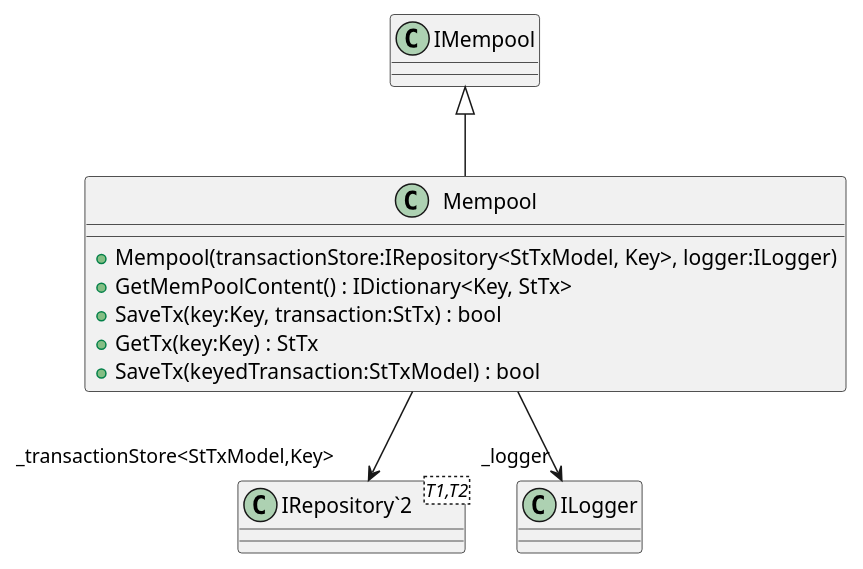
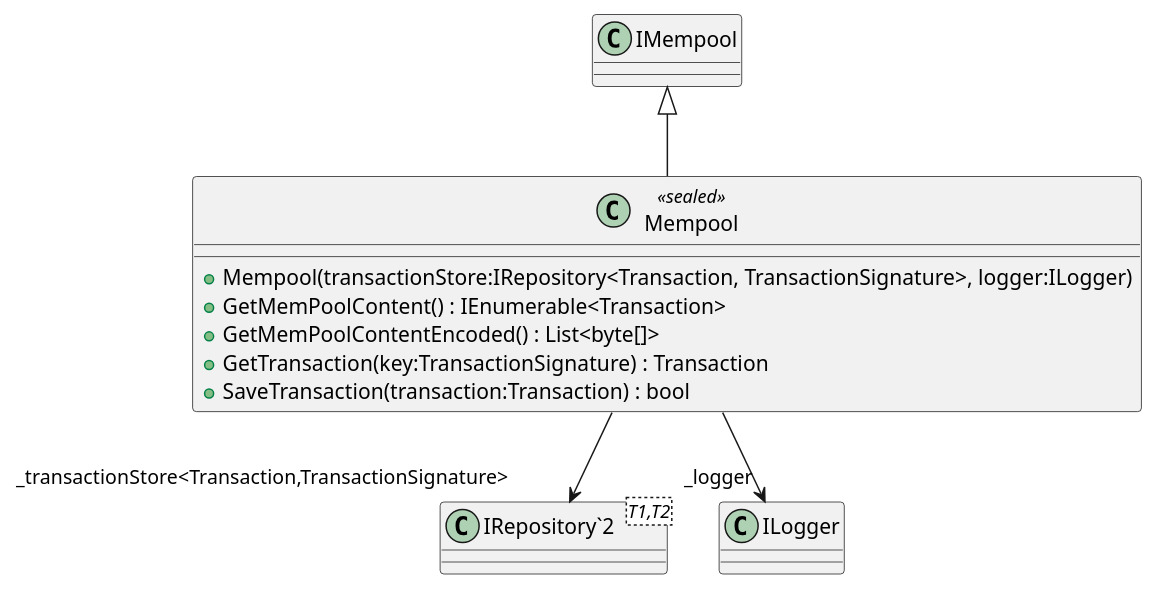
Before and after one commit to catalyst-network/Catalyst: the diagram in Documentation/UML/Catalyst.Node.Core/Modules/Mempool/Mempool.puml, drawn with PlantUML. The commit also changed 285 other files, not shown here.

Commit message:
update uml

```diff
--- a/Documentation/UML/Catalyst.Node.Core/Modules/Mempool/Mempool.puml
+++ b/Documentation/UML/Catalyst.Node.Core/Modules/Mempool/Mempool.puml
@@ -1,14 +1,14 @@
 @startuml
-class Mempool {
-    + Mempool(transactionStore:IRepository<StTxModel, Key>, logger:ILogger)
-    + GetMemPoolContent() : IDictionary<Key, StTx>
-    + SaveTx(key:Key, transaction:StTx) : bool
-    + GetTx(key:Key) : StTx
-    + SaveTx(keyedTransaction:StTxModel) : bool
+class Mempool <<sealed>> {
+    + Mempool(transactionStore:IRepository<Transaction, TransactionSignature>, logger:ILogger)
+    + GetMemPoolContent() : IEnumerable<Transaction>
+    + GetMemPoolContentEncoded() : List<byte[]>
+    + GetTransaction(key:TransactionSignature) : Transaction
+    + SaveTransaction(transaction:Transaction) : bool
 }
 class "IRepository`2"<T1,T2> {
 }
 IMempool <|-- Mempool
 Mempool --> "_logger" ILogger
-Mempool --> "_transactionStore<StTxModel,Key>" "IRepository`2"
+Mempool --> "_transactionStore<Transaction,TransactionSignature>" "IRepository`2"
 @enduml
```
